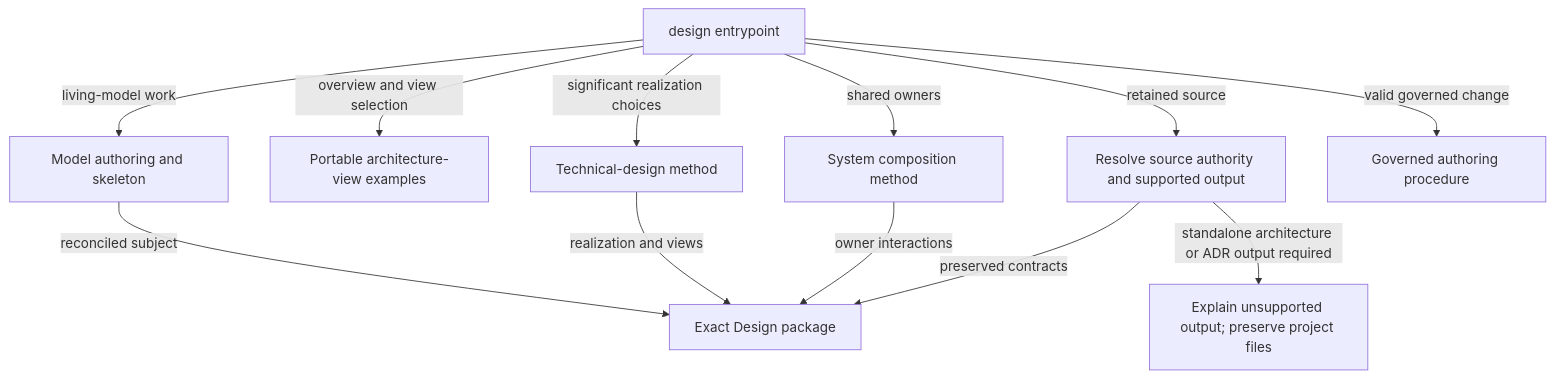
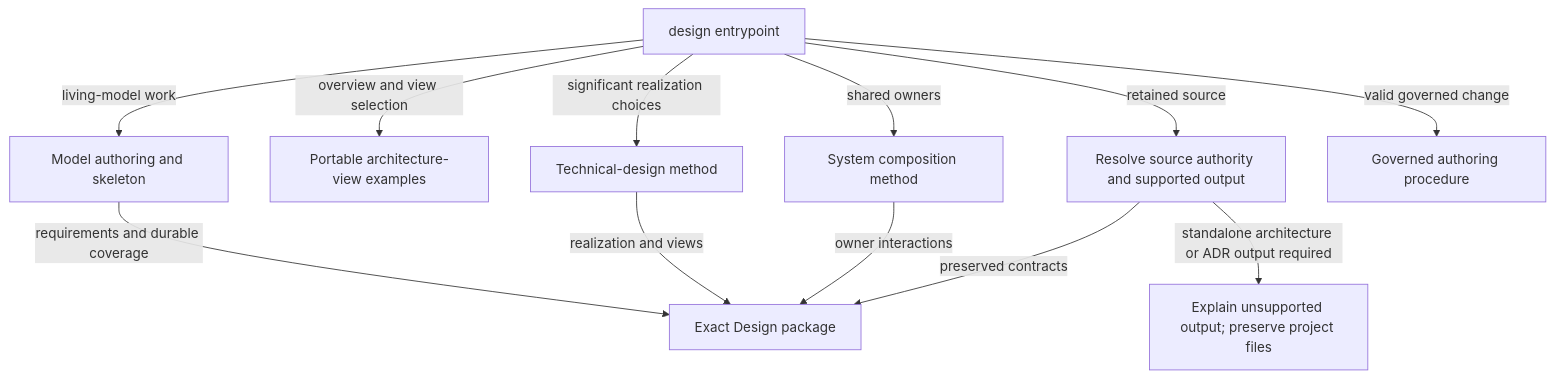
Before and after one commit to xiongxianfei/rigorloop: the third of 4 diagrams in docs/design/skill/authoring/design.md, drawn with Mermaid. The commit also changed other lines of this file and 123 other files, not shown here.

````diff
--- a/docs/design/skill/authoring/design.md
+++ b/docs/design/skill/authoring/design.md
@@ -117,14 +117,14 @@
 ```mermaid
 flowchart TB
     Entry["design entrypoint"] -->|"living-model work"| Model["Model authoring and skeleton"]
     Entry -->|"overview and view selection"| Examples["Portable architecture-view examples"]
     Entry -->|"significant realization choices"| Technical["Technical-design method"]
     Entry -->|"shared owners"| Composition["System composition method"]
     Entry -->|"retained source"| Legacy["Resolve source authority and supported output"]
     Legacy -->|"standalone architecture or ADR output required"| Stop["Explain unsupported output; preserve project files"]
     Entry -->|"valid governed change"| Records["Governed authoring procedure"]
-    Model -->|"reconciled subject"| Package["Exact Design package"]
+    Model -->|"requirements and durable coverage"| Package["Exact Design package"]
     Technical -->|"realization and views"| Package
     Composition -->|"owner interactions"| Package
     Legacy -->|"preserved contracts"| Package
 ```
````
